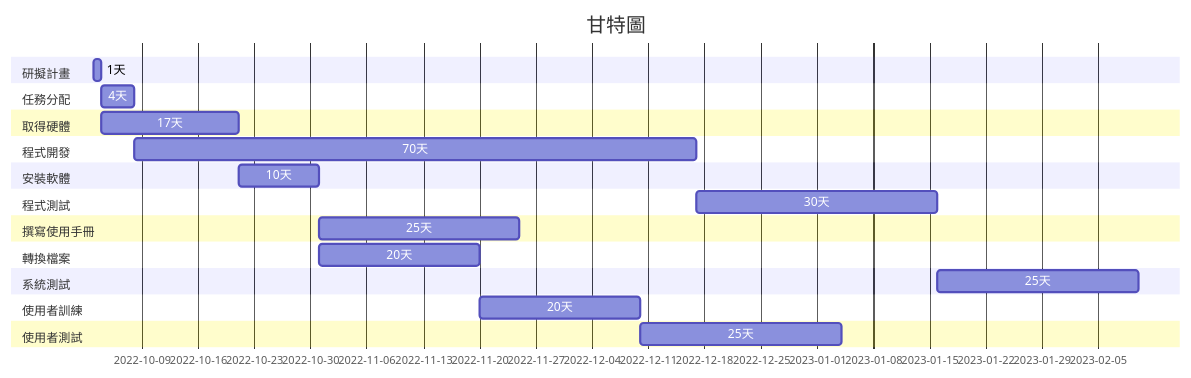
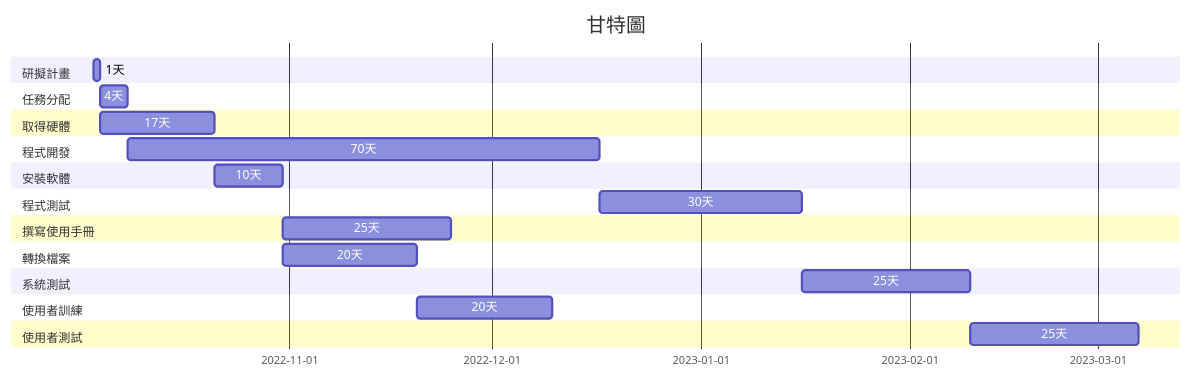
One commit to Hsxxnil/2022-3b changed the diagram in hw2.md. Above: the diagram before and after it, drawn with Mermaid.

````diff
--- a/hw2.md
+++ b/hw2.md
@@ -15,36 +15,36 @@
 ```mermaid
 gantt
     title 甘特圖
     section 研擬計畫
     1天:a1, 2022-10-03, 1d
     
     section 任務分配
     4天:a2,after a1  , 4d
     
     section 取得硬體
     17天:a3,after a1  , 17d
     
     section 程式開發
     70天:a4,after a2  , 70d 
     
     section 安裝軟體
     10天:a5,after a3  , 10d
     
     section 程式測試
     30天:a6,after a4  , 30d
     
     section 撰寫使用手冊
     25天:a7,after a5  , 25d
     
     section 轉換檔案
     20天:a8,after a5  , 20d
     
     section 系統測試
     25天:a9,after a6  , 25d
     
     section 使用者訓練
     20天:a10,after a8, 20d
     
     section 使用者測試
-    25天:a11,after a10, 25d
+    25天:a11,after a9, 25d
 ```
````
